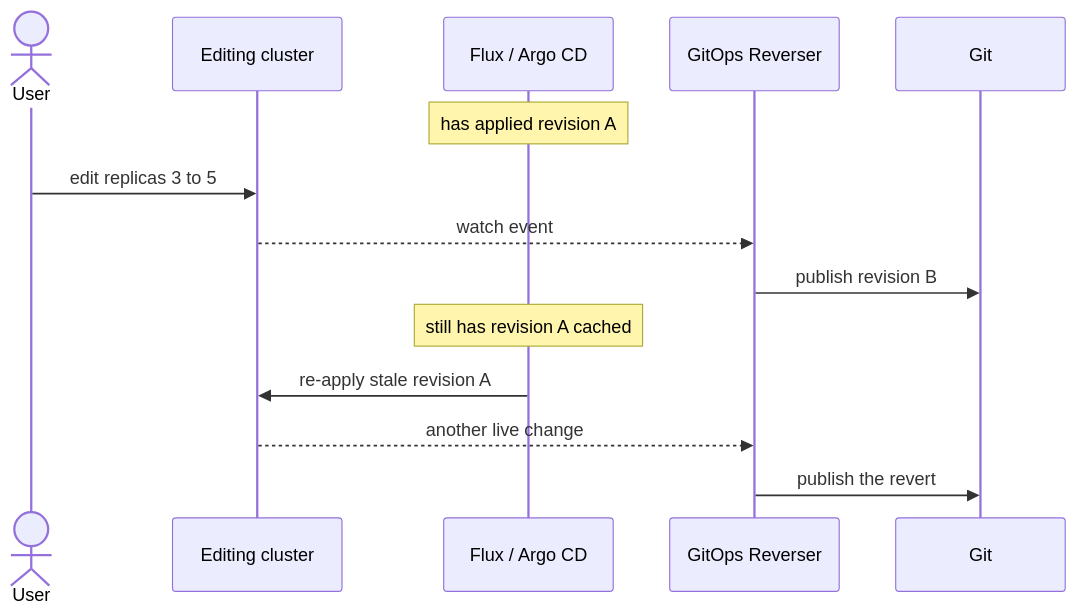
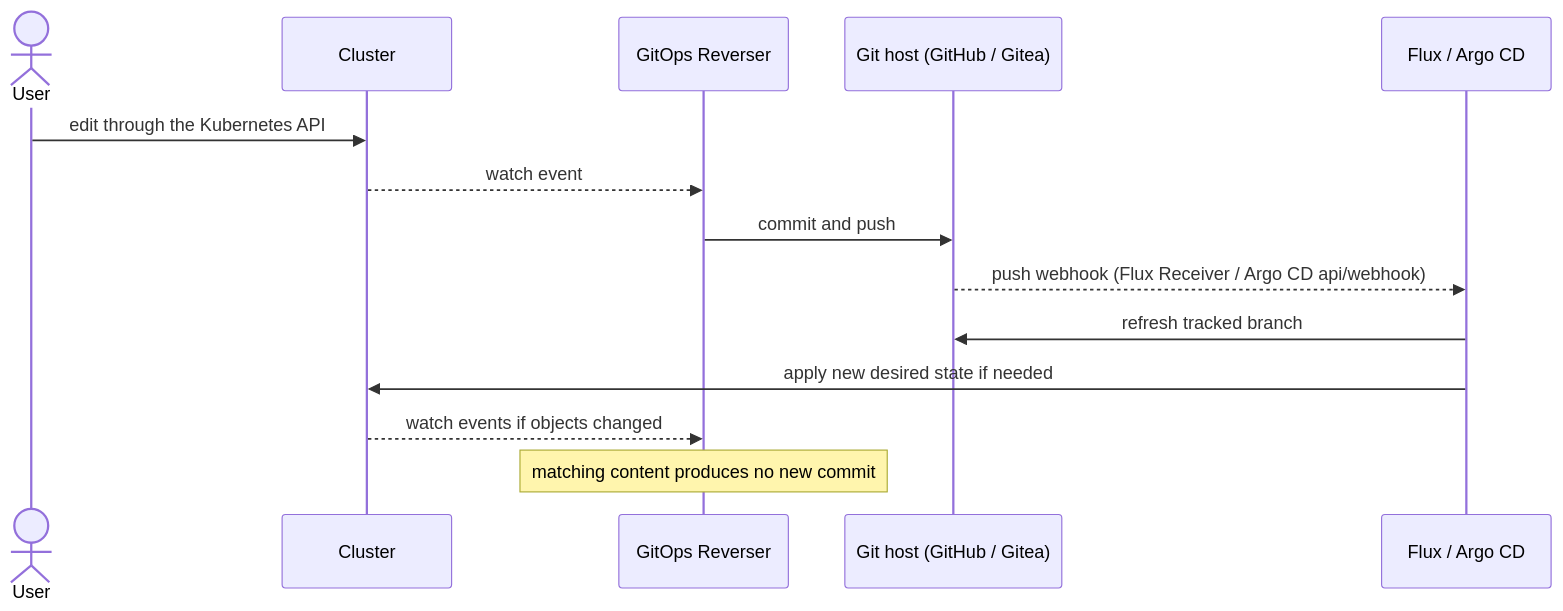
Before and after one commit to ConfigButler/gitops-reverser: the first of 3 diagrams in docs/bi-directional.md, drawn with Mermaid. The commit also changed other lines of this file and 1 other file, not shown here.

````diff
--- a/docs/bi-directional.md
+++ b/docs/bi-directional.md
@@ -39,17 +38,17 @@
 ```mermaid
 sequenceDiagram
     actor User
-    participant K8s as Editing cluster
+    participant K8s as Cluster
+    participant Rev as GitOps Reverser
+    participant Git as Git host (GitHub / Gitea)
     participant Recon as Flux / Argo CD
-    participant Rev as GitOps Reverser
-    participant Git
 
-    Note over Recon: has applied revision A
-    User->>K8s: edit replicas 3 to 5
+    User->>K8s: edit through the Kubernetes API
     K8s-->>Rev: watch event
-    Rev->>Git: publish revision B
-    Note over Recon: still has revision A cached
-    Recon->>K8s: re-apply stale revision A
-    K8s-->>Rev: another live change
-    Rev->>Git: publish the revert
+    Rev->>Git: commit and push
+    Git-->>Recon: push webhook (Flux Receiver / Argo CD api/webhook)
+    Recon->>Git: refresh tracked branch
+    Recon->>K8s: apply new desired state if needed
+    K8s-->>Rev: watch events if objects changed
+    Note over Rev: matching content produces no new commit
 ```
````
